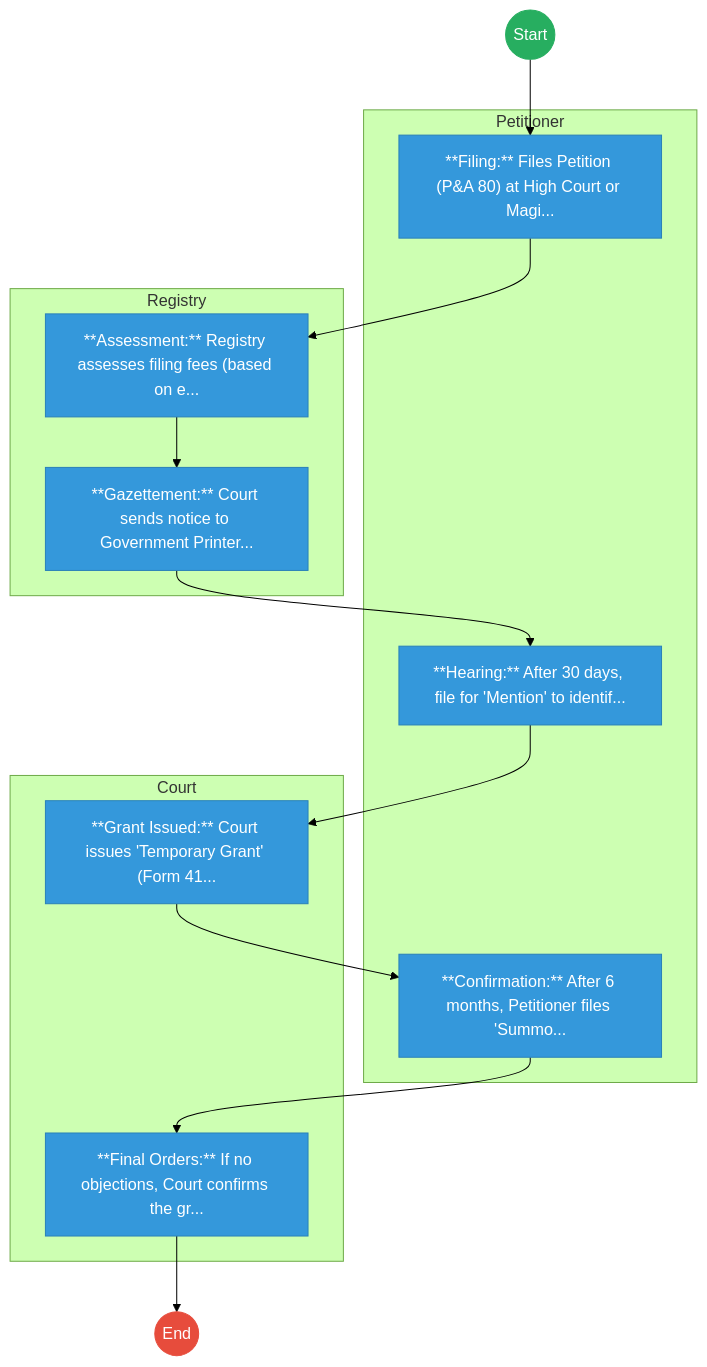
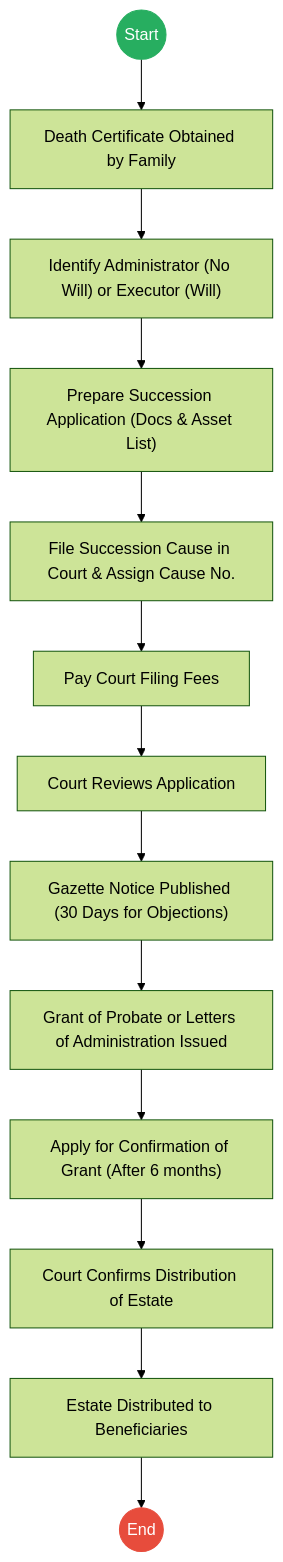
Before and after one commit to BITZ-IT-Consulting-LTD/ictapoc: the first of 2 diagrams in mdas/docs_final/THE_JUDICIARY___Service_Delivery.md, drawn with Mermaid (forest theme). The commit also changed other lines of this file and 4 other files, not shown here.

````diff
--- a/mdas/docs_final/THE_JUDICIARY___Service_Delivery.md
+++ b/mdas/docs_final/THE_JUDICIARY___Service_Delivery.md
@@ -20,36 +20,20 @@
 ```mermaid
 graph TD
     Start((Start)) --> S1
-
-    subgraph Petitioner [Petitioner]
-        S1["**Filing:** Files Petition (P&A 80) at High Court or Magi..."]
-        S4["**Hearing:** After 30 days, file for 'Mention' to identif..."]
-        S6["**Confirmation:** After 6 months, Petitioner files 'Summo..."]
-    end
-
-    subgraph Registry [Registry]
-        S2["**Assessment:** Registry assesses filing fees (based on e..."]
-        S3["**Gazettement:** Court sends notice to Government Printer..."]
-    end
-
-    subgraph Court [Court]
-        S5["**Grant Issued:** Court issues 'Temporary Grant' (Form 41..."]
-        S7["**Final Orders:** If no objections, Court confirms the gr..."]
-    end
-    S1 --> S2
-    S2 --> S3
-    S3 --> S4
-    S4 --> S5
-    S5 --> S6
-    S6 --> S7
-    S7 --> End((End))
+    S1["Death Certificate Obtained by Family"] --> S2
+    S2["Identify Administrator (No Will) or Executor (Will)"] --> S3
+    S3["Prepare Succession Application (Docs & Asset List)"] --> S4
+    S4["File Succession Cause in Court & Assign Cause No."] --> S5
+    S5["Pay Court Filing Fees"] --> S6
+    S6["Court Reviews Application"] --> S7
+    S7["Gazette Notice Published (30 Days for Objections)"] --> S8
+    S8["Grant of Probate or Letters of Administration Issued"] --> S9
+    S9["Apply for Confirmation of Grant (After 6 months)"] --> S10
+    S10["Court Confirms Distribution of Estate"] --> S11
+    S11["Estate Distributed to Beneficiaries"] --> End((End))
 
     classDef start fill:#27ae60,stroke:#27ae60,color:#fff;
     classDef endNode fill:#e74c3c,stroke:#e74c3c,color:#fff;
-    classDef userTask fill:#3498db,stroke:#2980b9,color:#fff;
-    classDef serviceTask fill:#9b59b6,stroke:#8e44ad,color:#fff;
-
     class Start start;
     class End endNode;
-    class S1,S2,S3,S4,S5,S6,S7 userTask;
 ```
````
